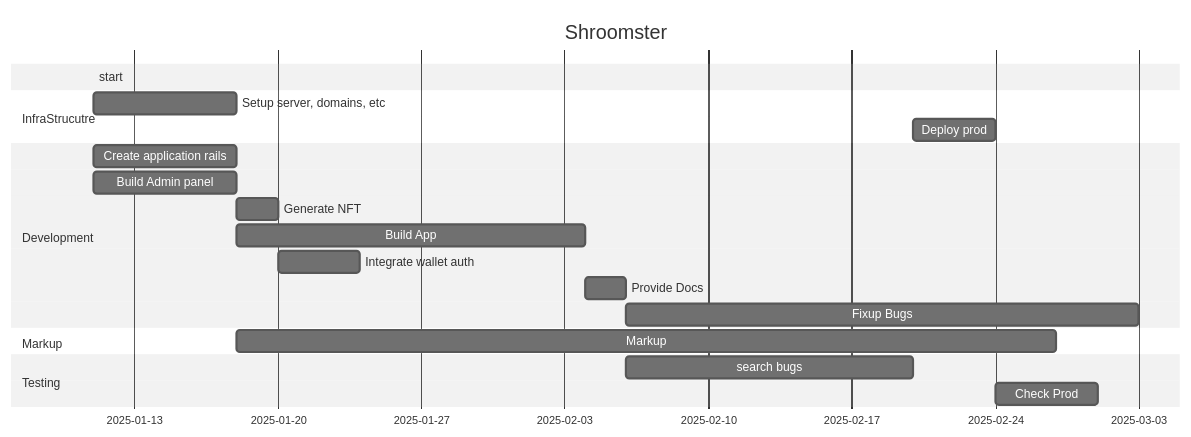
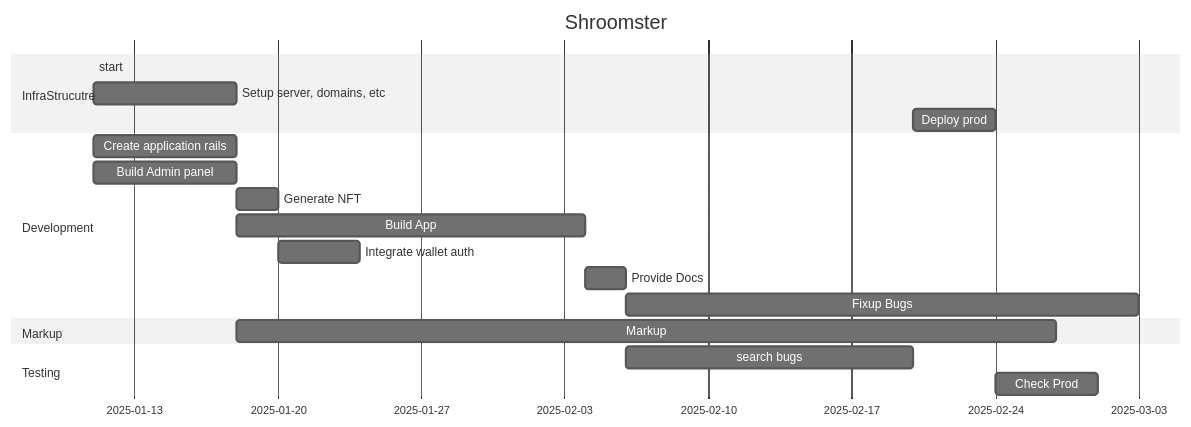
One commit to nosovk/flowershow changed the diagram in content/NA/Sales/Shroomsters.md. Above: the diagram before and after it, drawn with Mermaid (neutral theme).

Commit message:
Update content content/NA/Sales/Shroomsters.md

````diff
--- a/content/NA/Sales/Shroomsters.md
+++ b/content/NA/Sales/Shroomsters.md
@@ -32,25 +32,25 @@
 ```mermaid
 gantt
     title Shroomster
     dateFormat MM-DD
     tickInterval 1week
     weekday monday
-    start: s1, 2025-01-11, 0d
 	section InfraStrucutre
+	    start: s1, 2025-01-11, 0d
 		Setup server, domains, etc: i1, after s1, 7d
 		Deploy prod: i3, after qa1, 4d
 	section Development
 		Create application rails: dev1, after s1, 7d
 		Build Admin panel: dev2-1, after s1, 7d
 		Generate NFT: dev2-2, after dev1, 2d
 		Build App: dev3-1, after dev2-1, 17d
 		Integrate wallet auth: dev3-2, after dev2-2, 4d 
 		Provide Docs: dev4, after dev3-1, 2d
 		Fixup Bugs: dev5, after dev4, 25d
 	section Markup
 		Markup: m1, after dev1, 40d
 	section Testing
 	    search bugs: qa1, after dev4, 14d
 	    Check Prod: qa2, after i3, 5d
 
 ```
````
